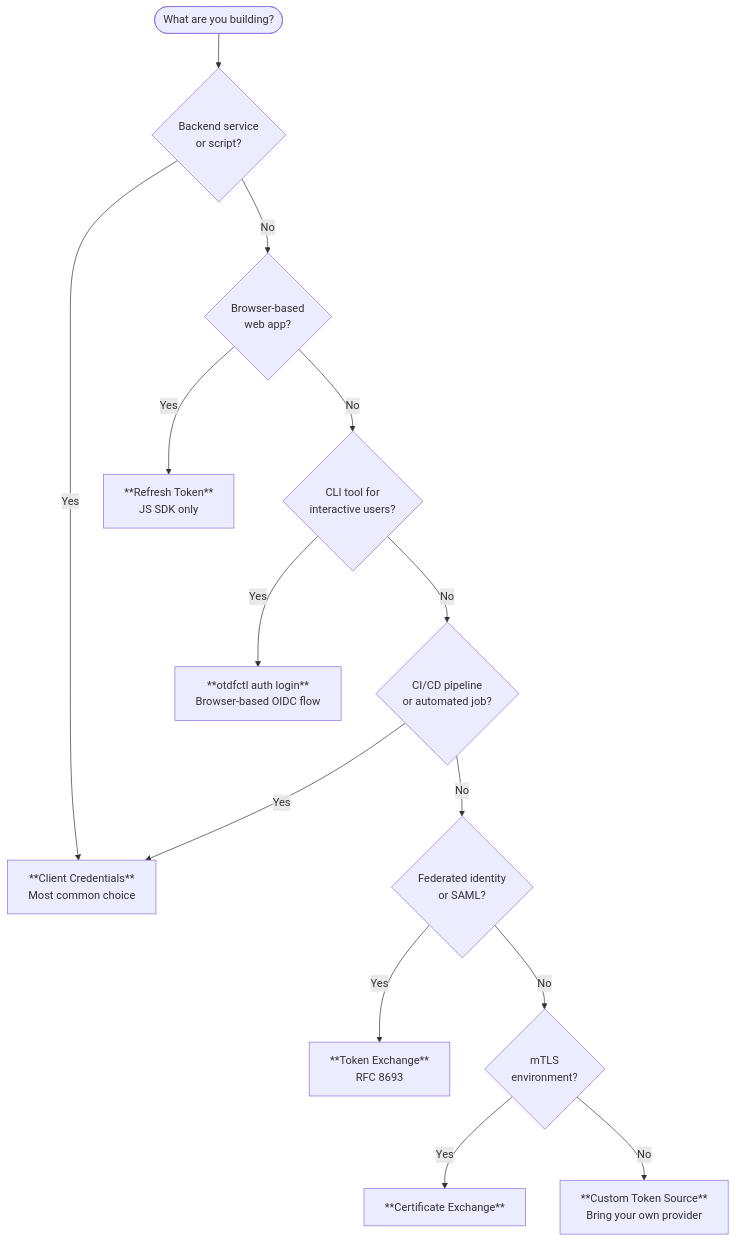
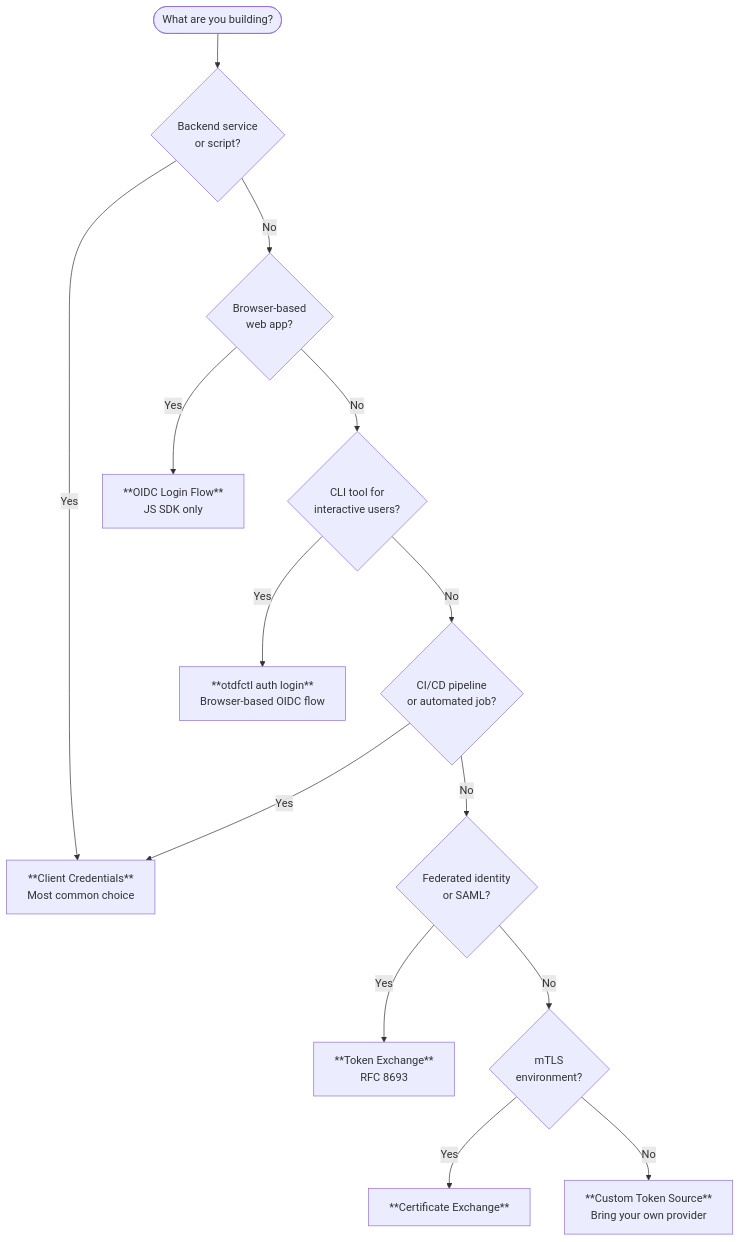
Before and after one commit to opentdf/docs: the second of 2 diagrams in docs/guides/authentication-guide.mdx, drawn with Mermaid. The commit also changed other lines of this file, not shown here.

````diff
--- a/docs/guides/authentication-guide.mdx
+++ b/docs/guides/authentication-guide.mdx
@@ -37,22 +37,22 @@
 ```mermaid
 flowchart TD
     Start([What are you building?]) --> Backend{Backend service<br/>or script?}
     Backend -->|Yes| ClientCreds[**Client Credentials**<br/>Most common choice]
     Backend -->|No| WebApp{Browser-based<br/>web app?}
-    WebApp -->|Yes| Refresh[**Refresh Token**<br/>JS SDK only]
+    WebApp -->|Yes| Refresh[**OIDC Login Flow**<br/>JS SDK only]
     WebApp -->|No| CLI{CLI tool for<br/>interactive users?}
     CLI -->|Yes| OtdfCtl[**otdfctl auth login**<br/>Browser-based OIDC flow]
     CLI -->|No| CICD{CI/CD pipeline<br/>or automated job?}
     CICD -->|Yes| ClientCreds
     CICD -->|No| Federated{Federated identity<br/>or SAML?}
     Federated -->|Yes| TokenExchange[**Token Exchange**<br/>RFC 8693]
     Federated -->|No| MTLS{mTLS<br/>environment?}
     MTLS -->|Yes| CertExchange[**Certificate Exchange**]
     MTLS -->|No| Custom[**Custom Token Source**<br/>Bring your own provider]
 
     click ClientCreds "/sdks/authentication#client-credentials"
     click Refresh "/sdks/authentication#refresh-token"
     click TokenExchange "/sdks/authentication#token-exchange"
     click CertExchange "/sdks/authentication#certificate-exchange-mtls"
     click Custom "/sdks/authentication#custom-token-source"
 ```
````
